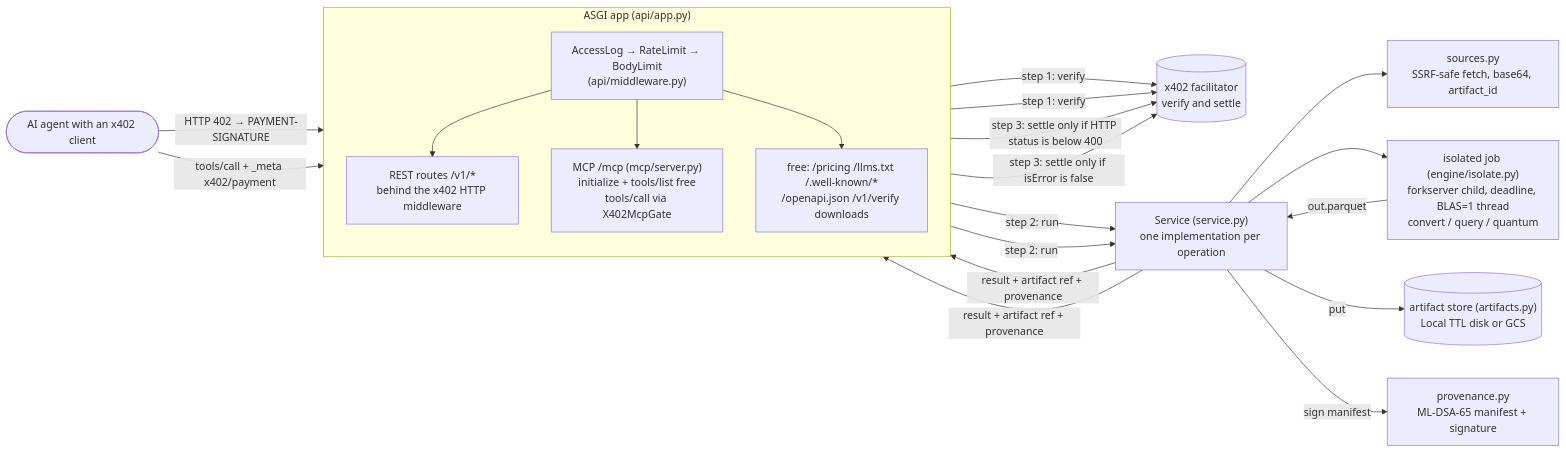
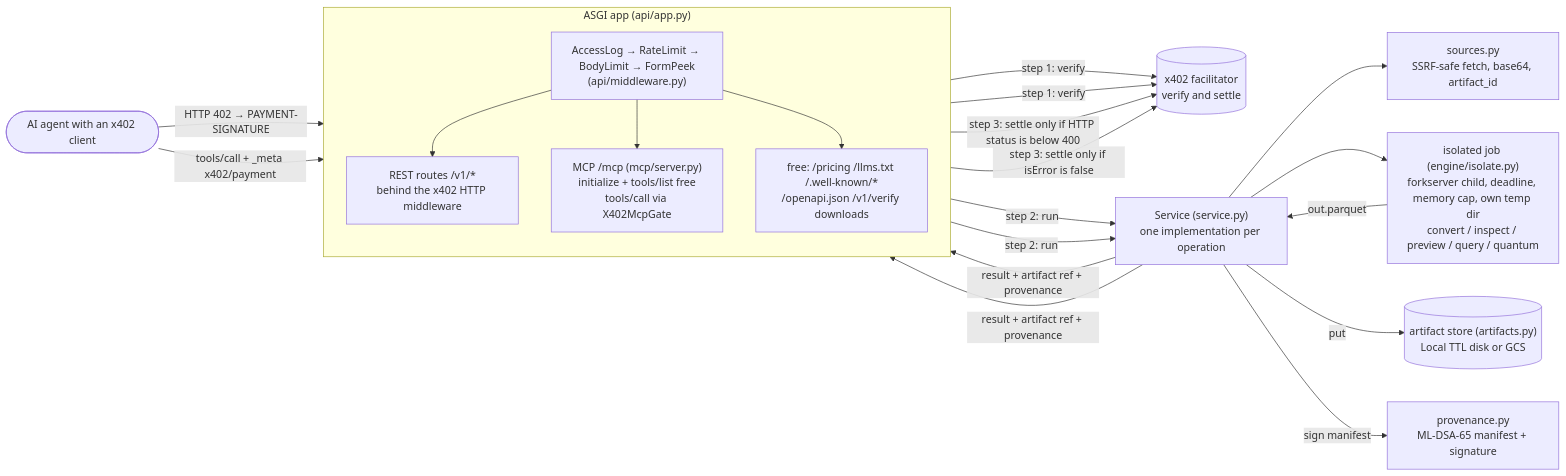
One commit to balogvn/aimart changed the diagram in docs/architecture.md. Above: the diagram before and after it, drawn with Mermaid. The commit also changed other lines of this file and 4 other files, not shown here.

First line of the commit message:
docs: record the per-job memory cap and what it costs

````diff
--- a/docs/architecture.md
+++ b/docs/architecture.md
@@ -8,35 +8,35 @@
 ```mermaid
 flowchart LR
     agent(["AI agent with an x402 client"])
 
     subgraph app["ASGI app (api/app.py)"]
         direction TB
-        mw["AccessLog → RateLimit → BodyLimit<br/>(api/middleware.py)"]
+        mw["AccessLog → RateLimit → BodyLimit → FormPeek<br/>(api/middleware.py)"]
         rest["REST routes /v1/*<br/>behind the x402 HTTP middleware"]
         mcp["MCP /mcp (mcp/server.py)<br/>initialize + tools/list free<br/>tools/call via X402McpGate"]
         disc["free: /pricing /llms.txt /.well-known/*<br/>/openapi.json /v1/verify downloads"]
     end
 
     fac[("x402 facilitator<br/>verify and settle")]
     svc["Service (service.py)<br/>one implementation per operation"]
     src["sources.py<br/>SSRF-safe fetch, base64, artifact_id"]
-    job["isolated job (engine/isolate.py)<br/>forkserver child, deadline, BLAS=1 thread<br/>convert / query / quantum"]
+    job["isolated job (engine/isolate.py)<br/>forkserver child, deadline, memory cap, own temp dir<br/>convert / inspect / preview / query / quantum"]
     store[("artifact store (artifacts.py)<br/>Local TTL disk or GCS")]
     sign["provenance.py<br/>ML-DSA-65 manifest + signature"]
 
     agent -- "HTTP 402 → PAYMENT-SIGNATURE" --> mw
     agent -- "tools/call + _meta x402/payment" --> mw
     mw --> rest & mcp & disc
     rest -- "step 1: verify" --> fac
     mcp -- "step 1: verify" --> fac
     rest -- "step 2: run" --> svc
     mcp -- "step 2: run" --> svc
     svc --> src
     svc --> job
     job -- "out.parquet" --> svc
     svc -- "put" --> store
     svc -- "sign manifest" --> sign
     svc -- "result + artifact ref + provenance" --> rest & mcp
     rest -- "step 3: settle only if HTTP status is below 400" --> fac
     mcp -- "step 3: settle only if isError is false" --> fac
 ```
````
